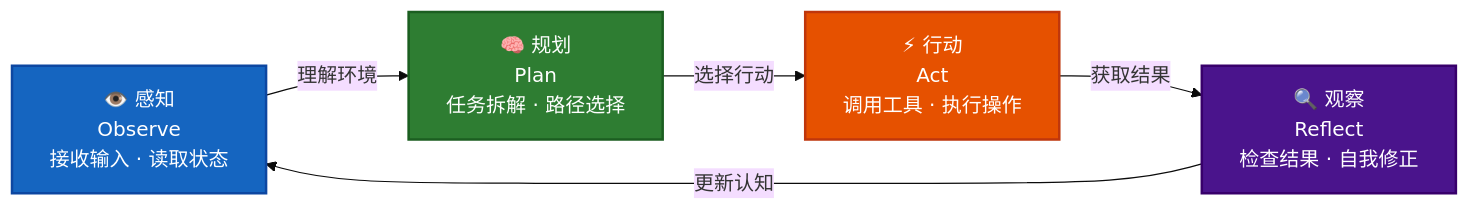
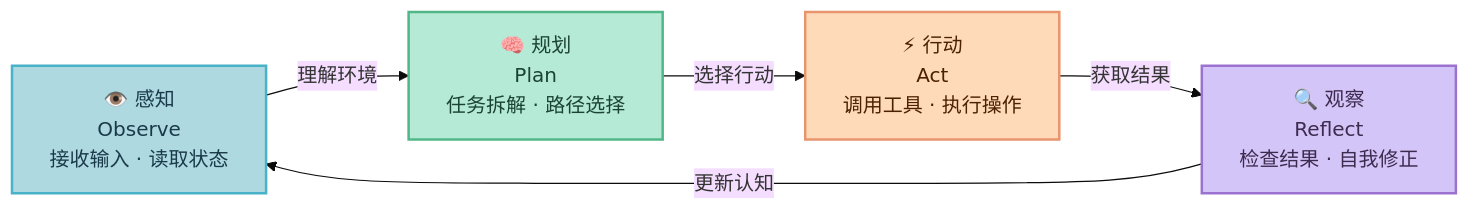
One commit to xuqi2024/xuqi2024.github.io changed the first of 5 diagrams in source/_posts/2026-04-14-ai-agent-principles-and-practice.md. Above: the diagram before and after it, drawn with Mermaid (base theme). The commit also changed other lines of this file and 3 other files, not shown here.

First line of the commit message:
style: 将所有 Mermaid 图表配色改为马卡龙色系，修复节点换行显示

````diff
--- a/source/_posts/2026-04-14-ai-agent-principles-and-practice.md
+++ b/source/_posts/2026-04-14-ai-agent-principles-and-practice.md
@@ -44,17 +44,17 @@
 ```mermaid
 graph LR
     OB["👁️ 感知<br/>Observe<br/>接收输入 · 读取状态"]
     PL["🧠 规划<br/>Plan<br/>任务拆解 · 路径选择"]
     AC["⚡ 行动<br/>Act<br/>调用工具 · 执行操作"]
     RF["🔍 观察<br/>Reflect<br/>检查结果 · 自我修正"]
 
     OB -->|"理解环境"| PL
     PL -->|"选择行动"| AC
     AC -->|"获取结果"| RF
     RF -->|"更新认知"| OB
 
-    style OB fill:#1565C0,color:#fff,stroke:#0D47A1,stroke-width:2px
-    style PL fill:#2E7D32,color:#fff,stroke:#1B5E20,stroke-width:2px
-    style AC fill:#E65100,color:#fff,stroke:#BF360C,stroke-width:2px
-    style RF fill:#4A148C,color:#fff,stroke:#38006b,stroke-width:2px
+    style OB fill:#AED9E0,color:#1A3A4A,stroke:#48B2C8,stroke-width:2px
+    style PL fill:#B5EAD7,color:#1B4332,stroke:#52B788,stroke-width:2px
+    style AC fill:#FFDAB9,color:#4A2200,stroke:#E8956D,stroke-width:2px
+    style RF fill:#D4C5F9,color:#3D2B4F,stroke:#9B72CF,stroke-width:2px
 ```
````
